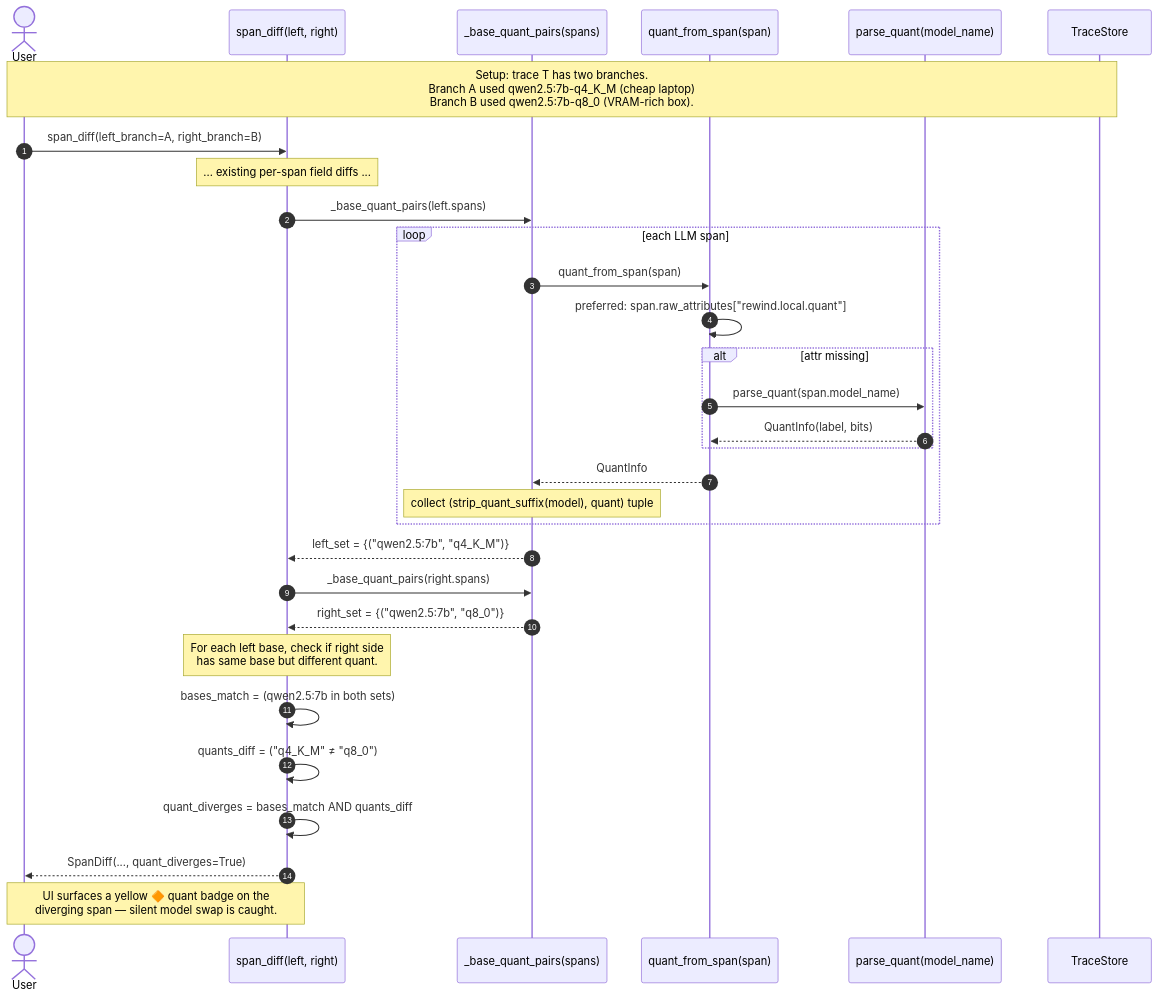
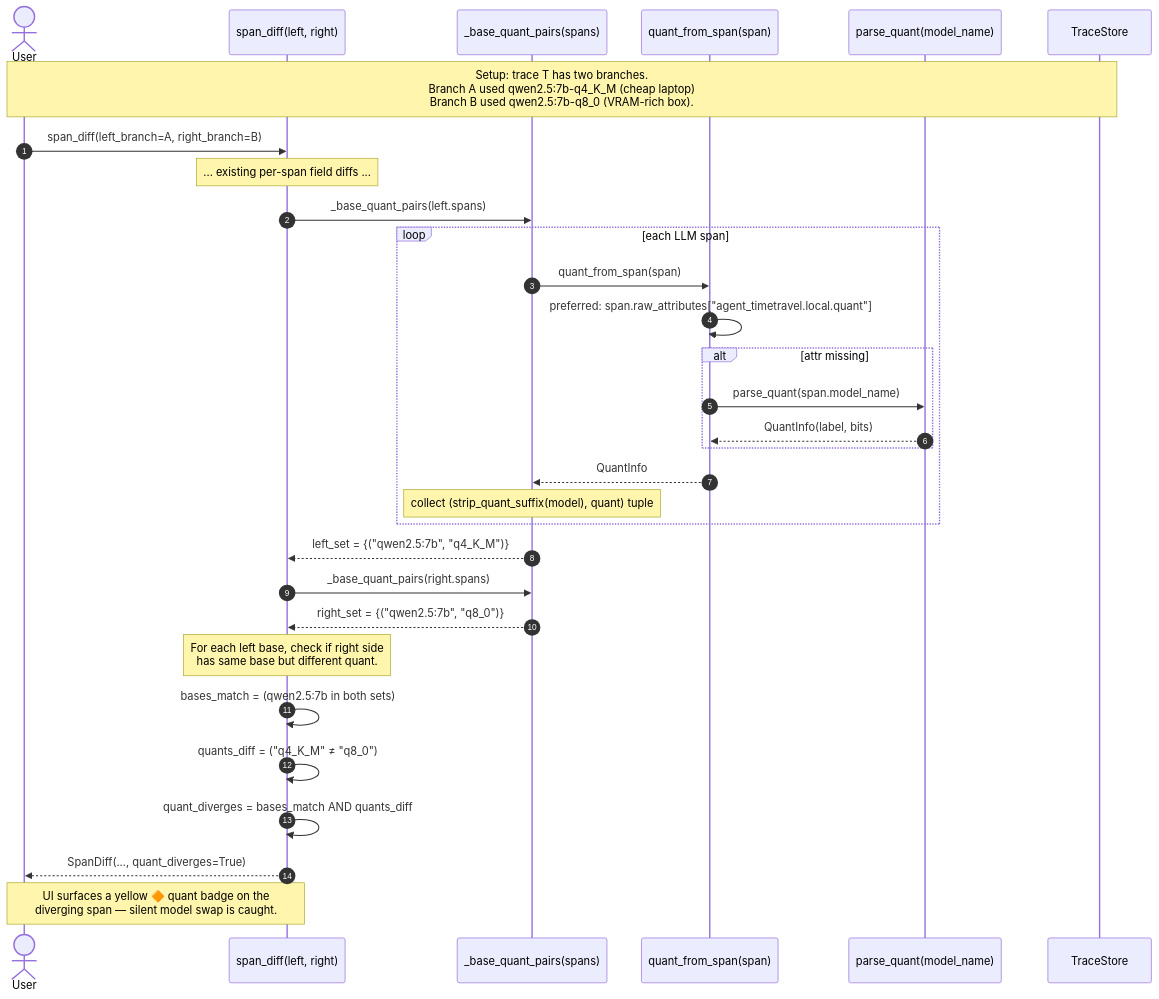
One commit to akshay-mp/Rewind changed the diagram in docs/diagrams/phase7-sequence-quant-flag.mmd. Above: the diagram before and after it, drawn with Mermaid. The commit also changed 244 other files, not shown here.

First line of the commit message:
Rebrand to agent-timetravel

```diff
--- a/docs/diagrams/phase7-sequence-quant-flag.mmd
+++ b/docs/diagrams/phase7-sequence-quant-flag.mmd
@@ -1,44 +1,44 @@
 sequenceDiagram
     %% Phase 7 — quant-divergence auto-flag in span_diff().
     %% Surfaces when same base model appears on two branches with
     %% different quant suffixes (silent quality regression).
 
     autonumber
     actor U as User
     participant Diff as span_diff(left, right)
     participant BQP as _base_quant_pairs(spans)
     participant QFS as quant_from_span(span)
     participant PQ as parse_quant(model_name)
     participant Store as TraceStore
 
     Note over U,Store: Setup: trace T has two branches.<br/>Branch A used qwen2.5:7b-q4_K_M (cheap laptop)<br/>Branch B used qwen2.5:7b-q8_0 (VRAM-rich box).
 
     U->>Diff: span_diff(left_branch=A, right_branch=B)
 
     Note over Diff: ... existing per-span field diffs ...
 
     Diff->>BQP: _base_quant_pairs(left.spans)
     loop each LLM span
         BQP->>QFS: quant_from_span(span)
-        QFS->>QFS: preferred: span.raw_attributes["rewind.local.quant"]
+        QFS->>QFS: preferred: span.raw_attributes["agent_timetravel.local.quant"]
         alt attr missing
             QFS->>PQ: parse_quant(span.model_name)
             PQ-->>QFS: QuantInfo(label, bits)
         end
         QFS-->>BQP: QuantInfo
         Note over BQP: collect (strip_quant_suffix(model), quant) tuple
     end
     BQP-->>Diff: left_set = {("qwen2.5:7b", "q4_K_M")}
 
     Diff->>BQP: _base_quant_pairs(right.spans)
     BQP-->>Diff: right_set = {("qwen2.5:7b", "q8_0")}
 
     Note over Diff: For each left base, check if right side<br/>has same base but different quant.
 
     Diff->>Diff: bases_match = (qwen2.5:7b in both sets)
     Diff->>Diff: quants_diff = ("q4_K_M" ≠ "q8_0")
     Diff->>Diff: quant_diverges = bases_match AND quants_diff
 
     Diff-->>U: SpanDiff(..., quant_diverges=True)
 
     Note over U,Diff: UI surfaces a yellow 🔶 quant badge on the<br/>diverging span — silent model swap is caught.
```
